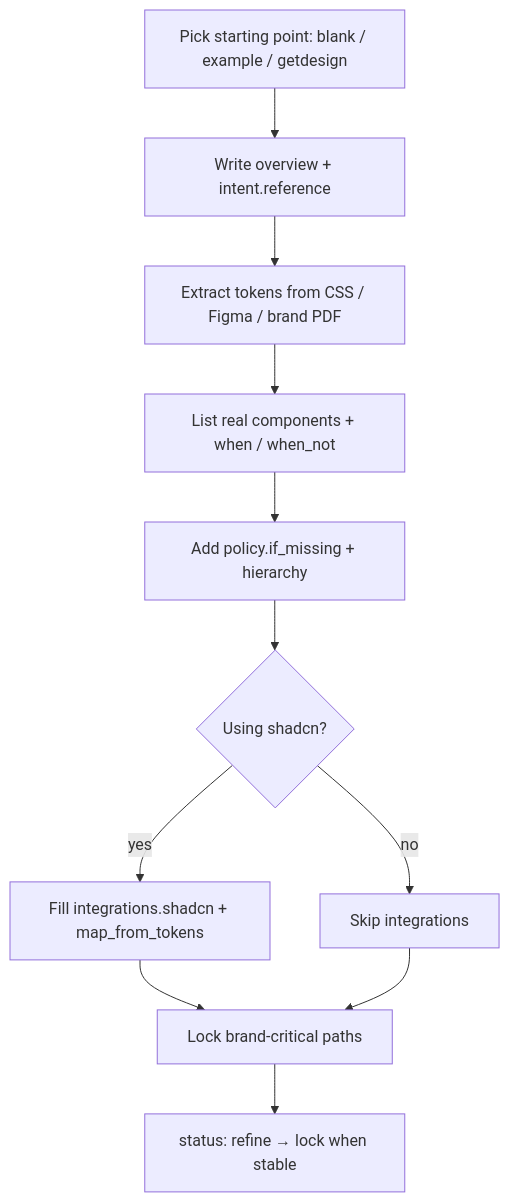
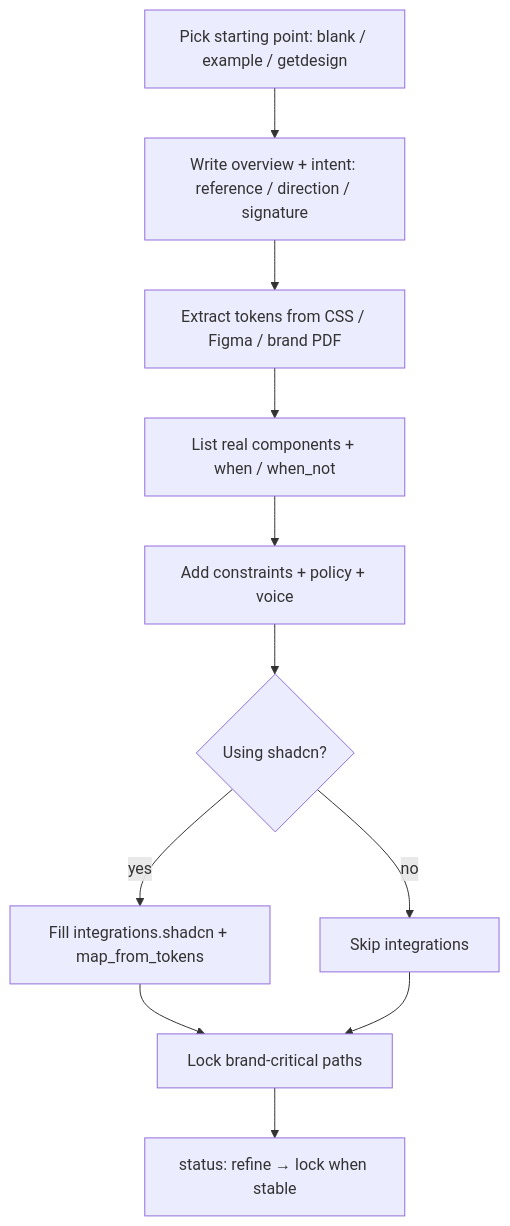
Before and after one commit to AgentsORG/DESIGN: the diagram in docs/human-authoring.md, drawn with Mermaid. The commit also changed other lines of this file and 25 other files, not shown here.

````diff
--- a/docs/human-authoring.md
+++ b/docs/human-authoring.md
@@ -33,13 +34,13 @@
 ```mermaid
 flowchart TD
-  A[Pick starting point: blank / example / getdesign] --> B[Write overview + intent.reference]
+  A[Pick starting point: blank / example / getdesign] --> B[Write overview + intent: reference / direction / signature]
   B --> C[Extract tokens from CSS / Figma / brand PDF]
   C --> D[List real components + when / when_not]
-  D --> E[Add policy.if_missing + hierarchy]
+  D --> E[Add constraints + policy + voice]
   E --> F{Using shadcn?}
   F -->|yes| G[Fill integrations.shadcn + map_from_tokens]
   F -->|no| H[Skip integrations]
   G --> I[Lock brand-critical paths]
   H --> I
   I --> J[status: refine → lock when stable]
 ```
````
